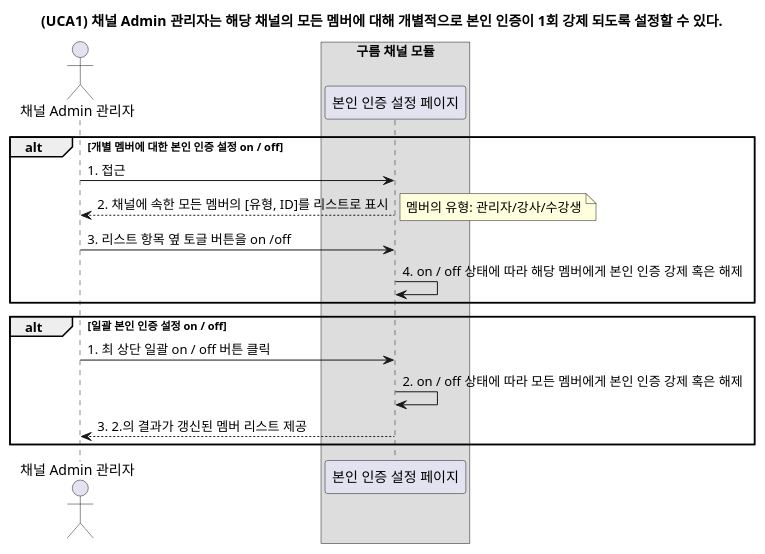
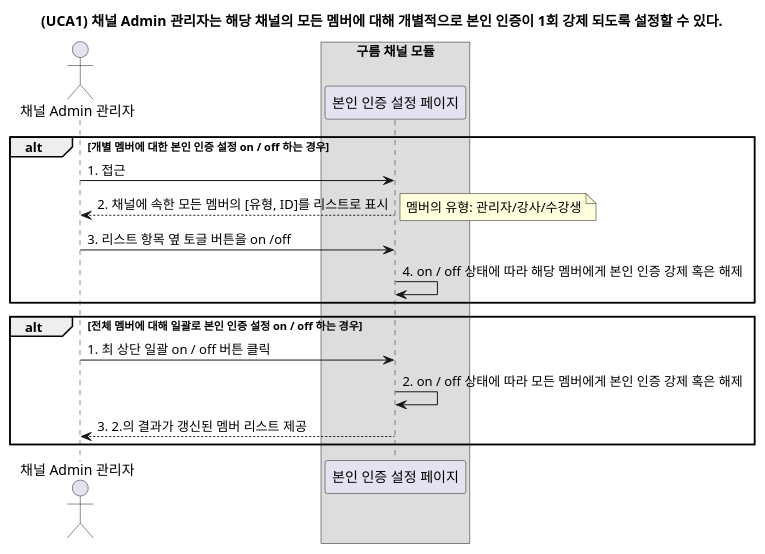
Before and after one commit to YoonsooOh/tech-study: the diagram in 본인인증기획/시퀀스 다이어그램/UCA1.puml, drawn with PlantUML. The commit also changed 1 other file, not shown here.

```diff
--- a/본인인증기획/시퀀스 다이어그램/UCA1.puml
+++ b/본인인증기획/시퀀스 다이어그램/UCA1.puml
@@ -1,26 +1,26 @@
 @startuml
 
 title (UCA1) 채널 Admin 관리자는 해당 채널의 모든 멤버에 대해 개별적으로 본인 인증이 1회 강제 되도록 설정할 수 있다.
 
 actor "채널 Admin 관리자"
 
 box "구름 채널 모듈"
 participant "본인 인증 설정 페이지"
 endbox
 
-alt 개별 멤버에 대한 본인 인증 설정 on / off
+alt 개별 멤버에 대한 본인 인증 설정 on / off 하는 경우
 "채널 Admin 관리자" -> "본인 인증 설정 페이지" : 1. 접근
 "본인 인증 설정 페이지" --> "채널 Admin 관리자" : 2. 채널에 속한 모든 멤버의 [유형, ID]를 리스트로 표시
 note right
 멤버의 유형: 관리자/강사/수강생
 end note
 "채널 Admin 관리자" -> "본인 인증 설정 페이지" : 3. 리스트 항목 옆 토글 버튼을 on /off
 "본인 인증 설정 페이지" -> "본인 인증 설정 페이지" : 4. on / off 상태에 따라 해당 멤버에게 본인 인증 강제 혹은 해제
 end
 
-alt 일괄 본인 인증 설정 on / off
+alt 전체 멤버에 대해 일괄로 본인 인증 설정 on / off 하는 경우
 "채널 Admin 관리자" -> "본인 인증 설정 페이지" : 1. 최 상단 일괄 on / off 버튼 클릭
 "본인 인증 설정 페이지" -> "본인 인증 설정 페이지" : 2. on / off 상태에 따라 모든 멤버에게 본인 인증 강제 혹은 해제
 "본인 인증 설정 페이지" --> "채널 Admin 관리자" : 3. 2.의 결과가 갱신된 멤버 리스트 제공
 end
 @enduml
```
